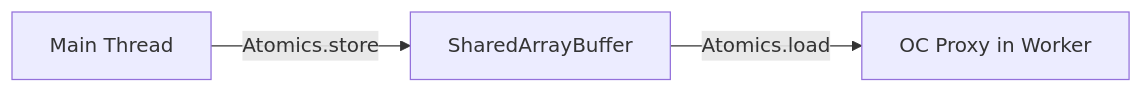
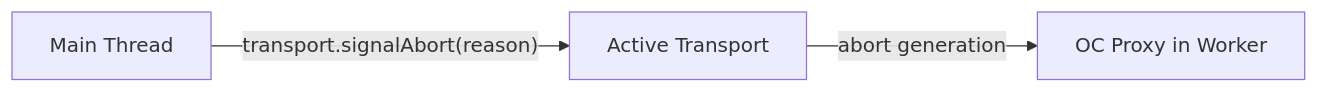
One commit to ahzs645/tau changed the second of 2 diagrams in apps/ui/content/docs/(runtime)/concepts/worker-model.mdx. Above: the diagram before and after it, drawn with Mermaid. The commit also changed other lines of this file and 54 other files, not shown here.

Commit message:
refactor(ui): defer kernel options to factory functions for lazy transport initialization

````diff
--- a/apps/ui/content/docs/(runtime)/concepts/worker-model.mdx
+++ b/apps/ui/content/docs/(runtime)/concepts/worker-model.mdx
@@ -93,5 +95,5 @@
 ```mermaid
 flowchart LR
-    MainThread["Main Thread"] -->|"Atomics.store"| SAB["SharedArrayBuffer"]
-    SAB -->|"Atomics.load"| KernelProxy["OC Proxy in Worker"]
+    MainThread["Main Thread"] -->|"transport.signalAbort(reason)"| Transport["Active Transport"]
+    Transport -->|"abort generation"| KernelProxy["OC Proxy in Worker"]
 ```
````
